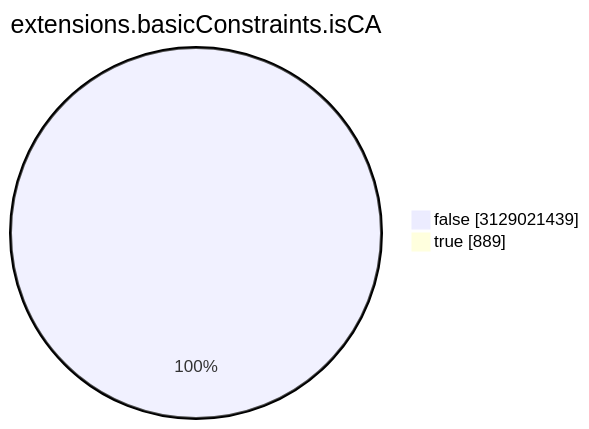
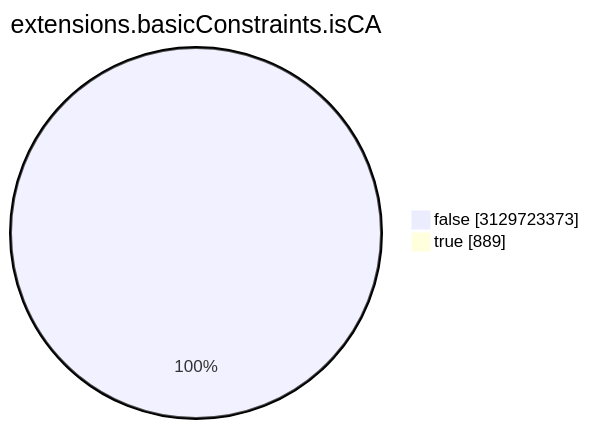
The seventh of 15 diagrams in TOTAL/README.md (christiankrug/ctmonitor_visualization), drawn with Mermaid before and after one commit. The commit also changed other lines of this file, not shown here.

````diff
--- a/TOTAL/README.md
+++ b/TOTAL/README.md
@@ -3088,6 +3088,6 @@
 ```mermaid
 pie showData
 title extensions.basicConstraints.isCA
-"false" :3129021439
+"false" :3129723373
 "true" :889
 ```
````
